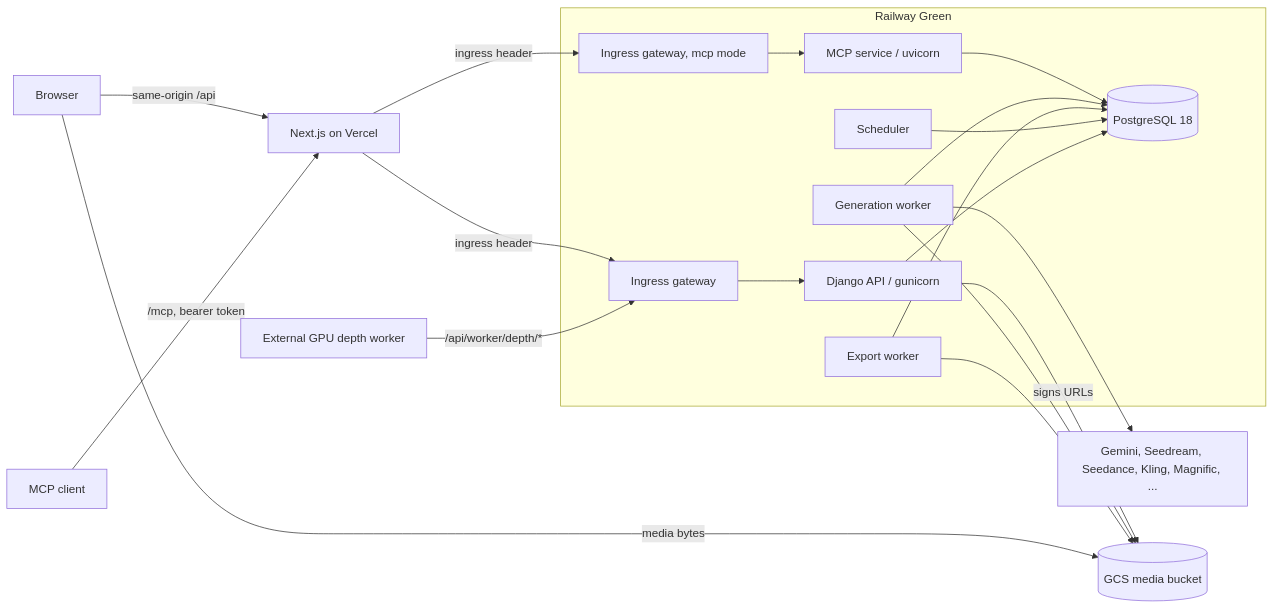
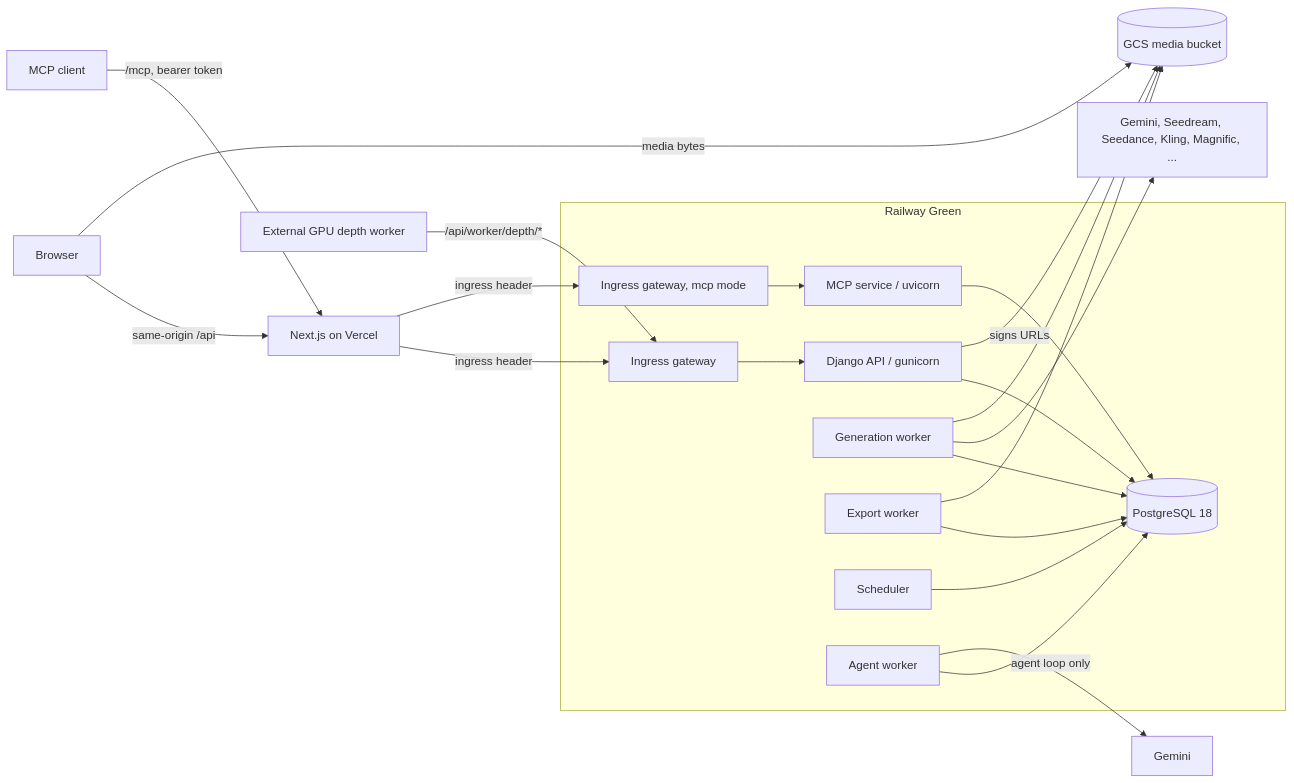
One commit to amazingindianstories-stack/AIStudio changed the diagram in docs/architecture/overview.md. Above: the diagram before and after it, drawn with Mermaid. The commit also changed other lines of this file and 35 other files, not shown here.

First line of the commit message:
feat(agents): add durable Agents tab runs executed by a new agent worker (#153)

````diff
--- a/docs/architecture/overview.md
+++ b/docs/architecture/overview.md
@@ -7,22 +7,24 @@
 ```mermaid
 flowchart LR
   Browser -->|same-origin /api| Next[Next.js on Vercel]
   Agent[MCP client] -->|/mcp, bearer token| Next
   Next -->|ingress header| Gateway[Ingress gateway]
   Next -->|ingress header| McpGateway[Ingress gateway, mcp mode]
   subgraph Railway Green
     Gateway --> API[Django API / gunicorn]
     McpGateway --> MCP[MCP service / uvicorn]
     MCP --> PG
     Gen[Generation worker] --> PG[(PostgreSQL 18)]
     Export[Export worker] --> PG
     Sched[Scheduler] --> PG
+    AgentW[Agent worker] --> PG
     API --> PG
   end
   Gen --> Providers[Gemini, Seedream, Seedance, Kling, Magnific, ...]
+  AgentW -->|agent loop only| Gemini[Gemini]
   API -->|signs URLs| GCS[(GCS media bucket)]
   Browser -->|media bytes| GCS
   Gen --> GCS
   Export --> GCS
   Depth[External GPU depth worker] -->|/api/worker/depth/*| Gateway
 ```
````
